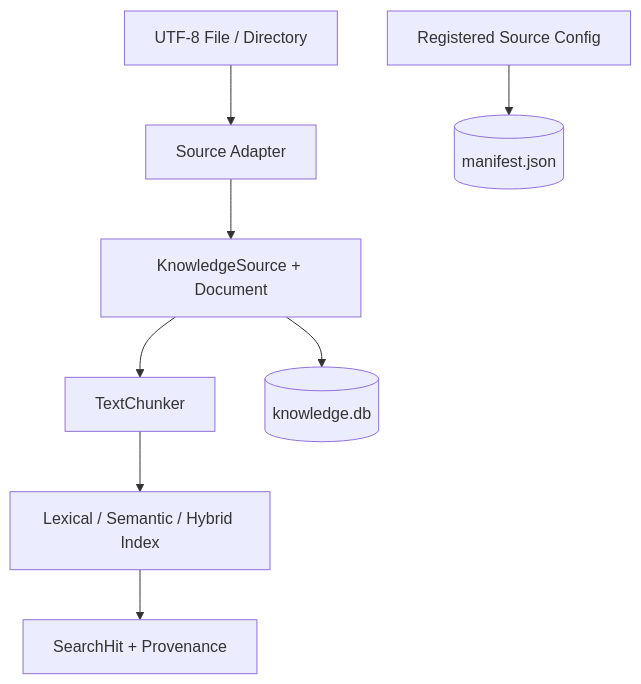
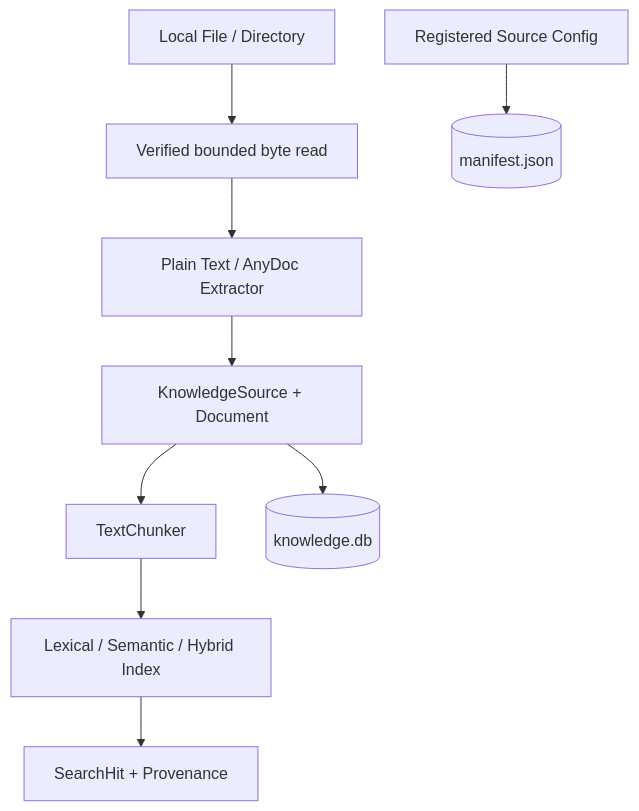
The second of 3 diagrams in docs/architecture.md (SwartzMss/NexusMind), drawn with Mermaid before and after one commit. The commit also changed other lines of this file and 12 other files, not shown here.

````diff
--- a/docs/architecture.md
+++ b/docs/architecture.md
@@ -42,10 +42,11 @@
 ```mermaid
 flowchart TD
-    Files[UTF-8 File / Directory] --> Adapter[Source Adapter]
-    Adapter --> Canonical[KnowledgeSource + Document]
+    Files[Local File / Directory] --> Adapter[Verified bounded byte read]
+    Adapter --> Extractor[Plain Text / AnyDoc Extractor]
+    Extractor --> Canonical[KnowledgeSource + Document]
     Canonical --> Chunker[TextChunker]
     Chunker --> Index[Lexical / Semantic / Hybrid Index]
     Index --> Results[SearchHit + Provenance]
     Canonical --> SQLite[(knowledge.db)]
     Config[Registered Source Config] --> Manifest[(manifest.json)]
 ```
````
